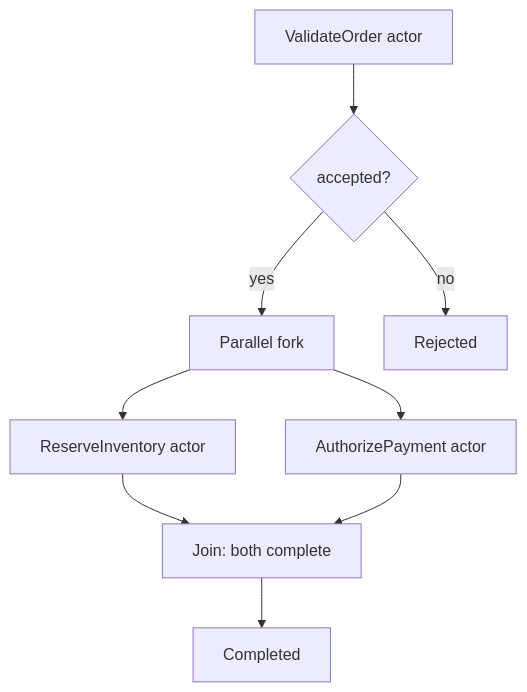
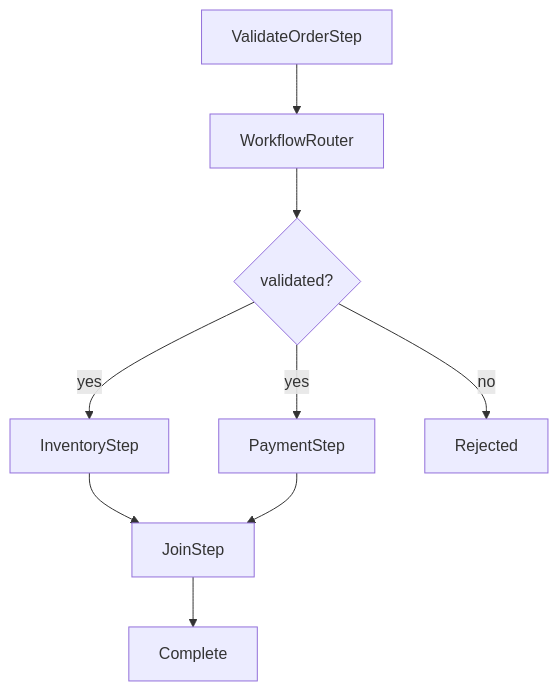
One commit to atto-lang/atto-step-function-demo changed the first of 3 diagrams in docs/GRAPHS.md. Above: the diagram before and after it, drawn with Mermaid. The commit also changed other lines of this file and 26 other files, not shown here.

````diff
--- a/docs/GRAPHS.md
+++ b/docs/GRAPHS.md
@@ -7,11 +10,11 @@
 ```mermaid
 flowchart TD
-  A["ValidateOrder actor"] --> B{"accepted?"}
-  B -->|yes| C["Parallel fork"]
-  B -->|no| X["Rejected"]
-  C --> D["ReserveInventory actor"]
-  C --> E["AuthorizePayment actor"]
-  D --> F["Join: both complete"]
-  E --> F
-  F --> G["Completed"]
+    A["ValidateOrderStep"] --> B["WorkflowRouter"]
+    B --> C{"validated?"}
+    C -->|yes| D["InventoryStep"]
+    C -->|yes| E["PaymentStep"]
+    C -->|no| X["Rejected"]
+    D --> J["JoinStep"]
+    E --> J
+    J --> F["Complete"]
 ```
````
